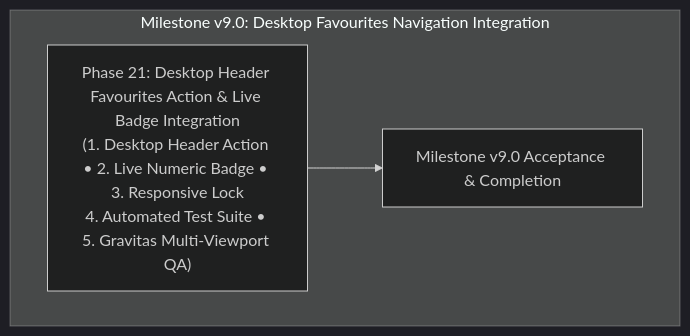
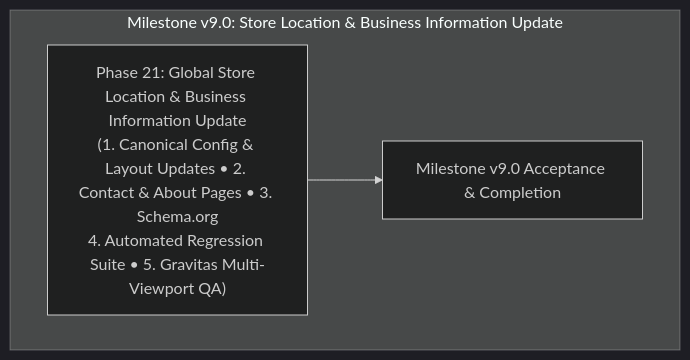
One commit to uniscaledigital/ecommerce-website changed the diagram in .planning/ROADMAP.md. Above: the diagram before and after it, drawn with Mermaid (dark theme). The commit also changed other lines of this file and 35 other files, not shown here.

Commit message:
feat: complete milestone v9.0 phase 21 global store location and business info update

````diff
--- a/.planning/ROADMAP.md
+++ b/.planning/ROADMAP.md
@@ -13,8 +13,8 @@
 ```mermaid
 flowchart TD
-    subgraph M9["Milestone v9.0: Desktop Favourites Navigation Integration"]
-        P21["Phase 21: Desktop Header Favourites Action & Live Badge Integration\n(1. Desktop Header Action • 2. Live Numeric Badge • 3. Responsive Lock\n4. Automated Test Suite • 5. Gravitas Multi-Viewport QA)"]
+    subgraph M9["Milestone v9.0: Store Location & Business Information Update"]
+        P21["Phase 21: Global Store Location & Business Information Update\n(1. Canonical Config & Layout Updates • 2. Contact & About Pages • 3. Schema.org\n4. Automated Regression Suite • 5. Gravitas Multi-Viewport QA)"]
         DONE["Milestone v9.0 Acceptance & Completion"]
     end
     P21 --> DONE
 ```
````
